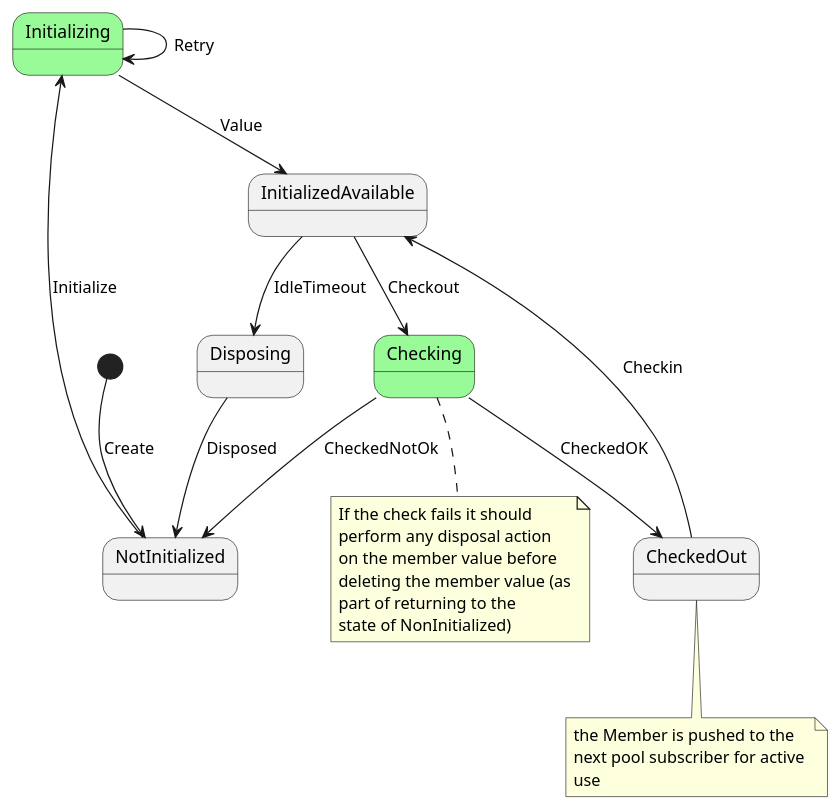
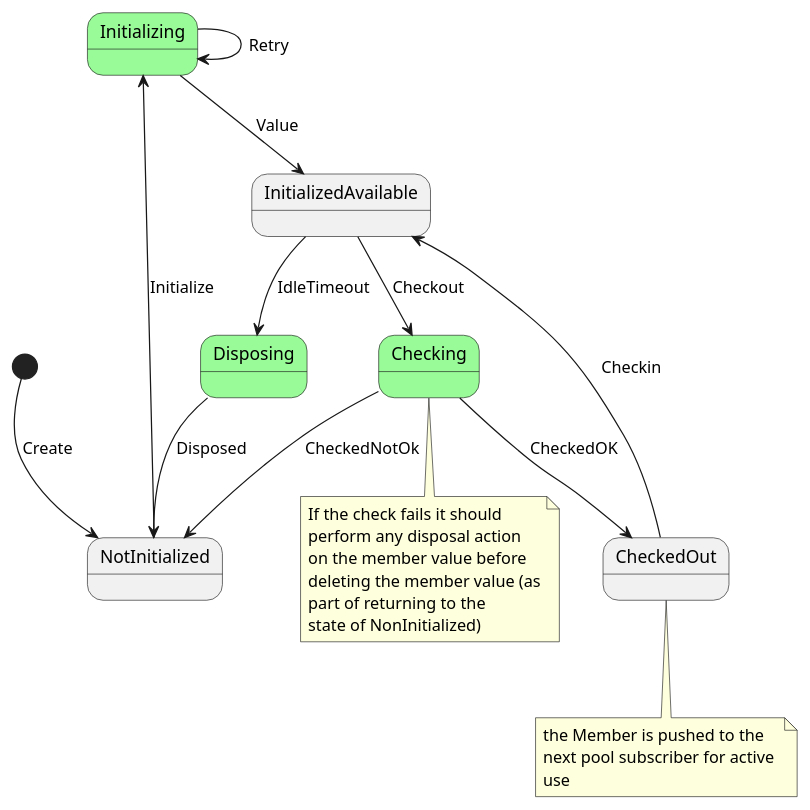
One commit to davidmoten/rxjava3-pool changed the diagram in src/main/plantuml/Member-state-diagram.puml. Above: the diagram before and after it, drawn with PlantUML. The commit also changed 2 other files, not shown here.

Commit message:
update diagram

```diff
--- a/src/main/plantuml/Member-state-diagram.puml
+++ b/src/main/plantuml/Member-state-diagram.puml
@@ -1,34 +1,36 @@
 @startuml
 
 state Initializing #palegreen {
 }
 state Checking #palegreen {
+}
+state Disposing #palegreen {
 }
 
 [*] --> NotInitialized: Create
 NotInitialized --> Initializing: Initialize
 Initializing --> InitializedAvailable: Value
 Initializing --> Initializing: Retry
 InitializedAvailable --> Checking: Checkout
 Checking --> NotInitialized: CheckedNotOk
 Checking --> CheckedOut: CheckedOK
 InitializedAvailable --> Disposing: IdleTimeout 
 Disposing --> NotInitialized: Disposed
 CheckedOut --> InitializedAvailable: Checkin
 
 note bottom of Checking
   If the check fails it should
   perform any disposal action
   on the member value before 
   deleting the member value (as
   part of returning to the 
   state of NonInitialized)
 end note
 
 note bottom of CheckedOut
   the Member is pushed to the 
   next pool subscriber for active 
   use
 end note
 
 @enduml
```
